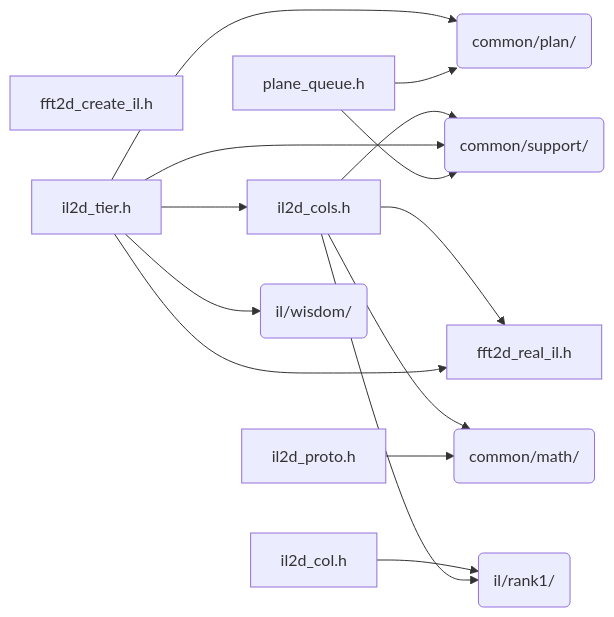
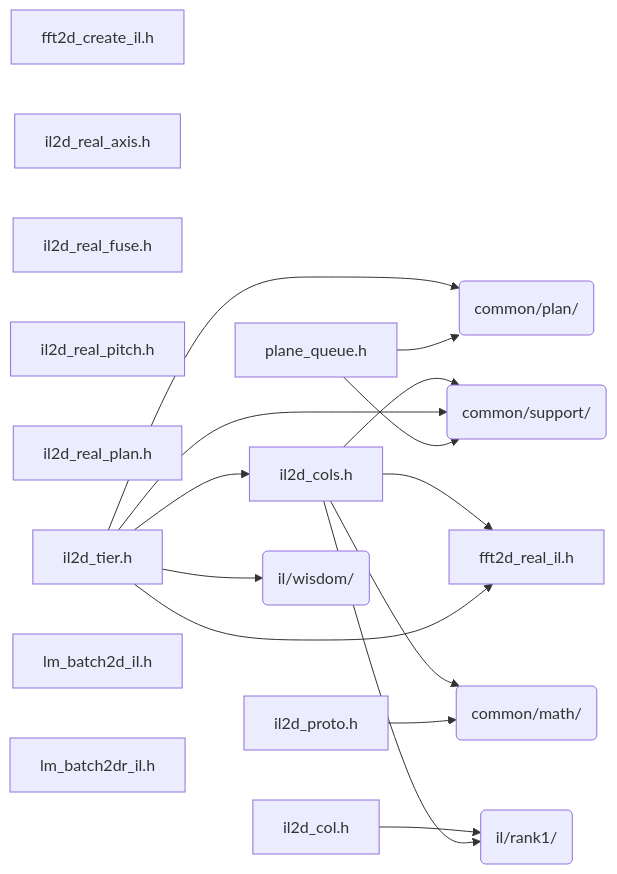
The diagram in docs/architecture/generated/folders/il__rank2.md (Tugbars/VectorFFT), drawn with Mermaid before and after one commit. The commit also changed other lines of this file and 98 other files, not shown here.

Commit message:
regenerated architecture drawings

````diff
--- a/docs/architecture/generated/folders/il__rank2.md
+++ b/docs/architecture/generated/folders/il__rank2.md
@@ -16,28 +22,34 @@
 ```mermaid
 flowchart LR
     n_il_rank2_fft2d_create_il_h["fft2d_create_il.h"]
     n_il_rank2_fft2d_real_il_h["fft2d_real_il.h"]
     n_il_rank2_il2d_col_h["il2d_col.h"]
     n_il_rank2_il2d_cols_h["il2d_cols.h"]
     n_il_rank2_il2d_proto_h["il2d_proto.h"]
+    n_il_rank2_il2d_real_axis_h["il2d_real_axis.h"]
+    n_il_rank2_il2d_real_fuse_h["il2d_real_fuse.h"]
+    n_il_rank2_il2d_real_pitch_h["il2d_real_pitch.h"]
+    n_il_rank2_il2d_real_plan_h["il2d_real_plan.h"]
     n_il_rank2_il2d_tier_h["il2d_tier.h"]
+    n_il_rank2_lm_batch2d_il_h["lm_batch2d_il.h"]
+    n_il_rank2_lm_batch2dr_il_h["lm_batch2dr_il.h"]
     n_il_rank2_plane_queue_h["plane_queue.h"]
     n_dir_common_math("common/math/")
     n_dir_common_plan("common/plan/")
     n_dir_common_support("common/support/")
     n_dir_il_rank1("il/rank1/")
     n_dir_il_wisdom("il/wisdom/")
     n_il_rank2_il2d_col_h --> n_dir_il_rank1
     n_il_rank2_il2d_cols_h --> n_dir_common_math
     n_il_rank2_il2d_cols_h --> n_dir_common_support
     n_il_rank2_il2d_cols_h --> n_dir_il_rank1
     n_il_rank2_il2d_cols_h --> n_il_rank2_fft2d_real_il_h
     n_il_rank2_il2d_proto_h --> n_dir_common_math
     n_il_rank2_il2d_tier_h --> n_dir_common_plan
     n_il_rank2_il2d_tier_h --> n_dir_common_support
     n_il_rank2_il2d_tier_h --> n_dir_il_wisdom
     n_il_rank2_il2d_tier_h --> n_il_rank2_fft2d_real_il_h
     n_il_rank2_il2d_tier_h --> n_il_rank2_il2d_cols_h
     n_il_rank2_plane_queue_h --> n_dir_common_plan
     n_il_rank2_plane_queue_h --> n_dir_common_support
 ```
````
